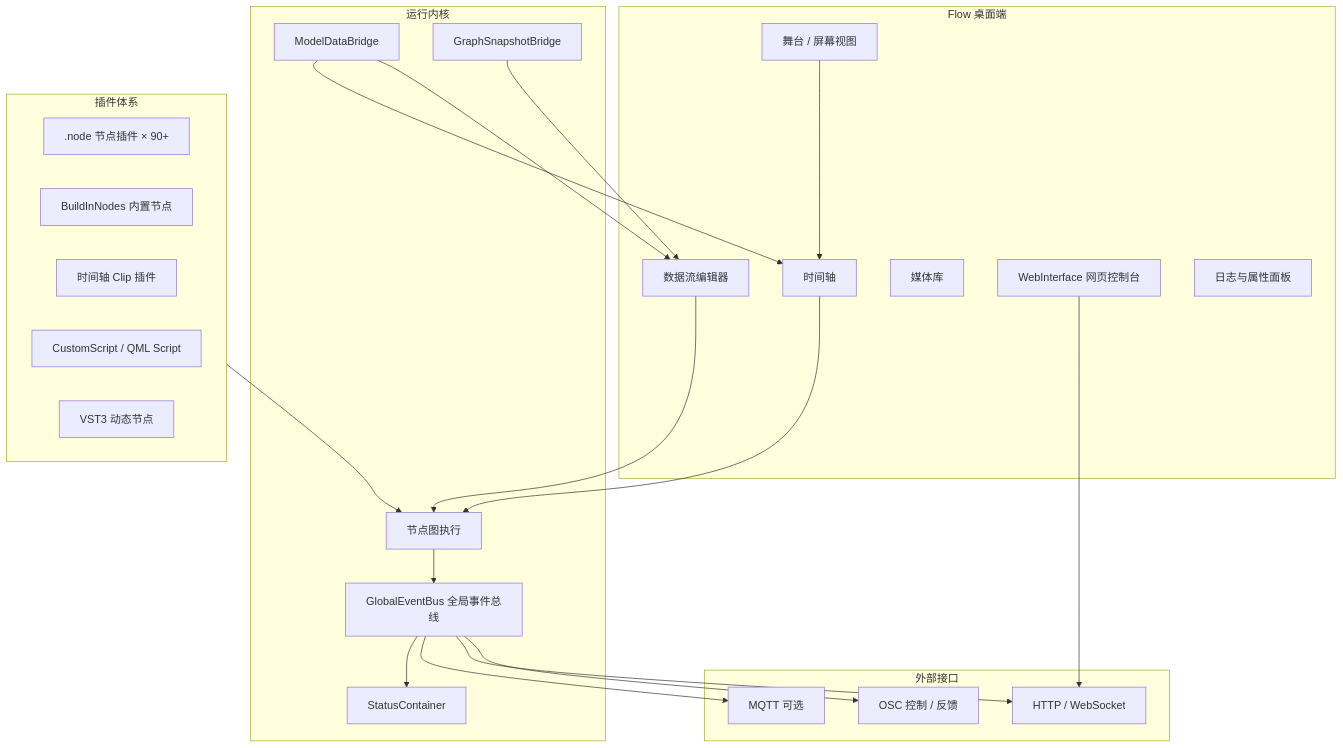
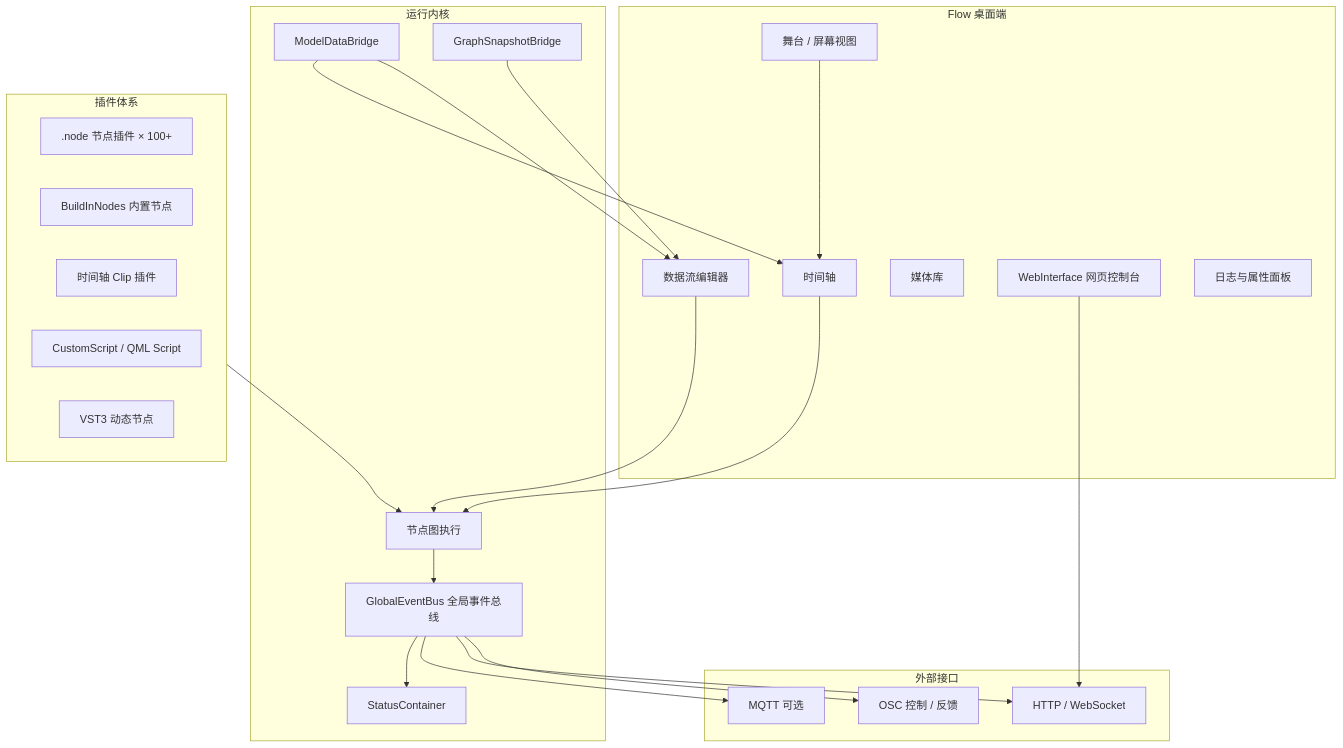
One commit to bwll1989/NodeEditorCPP changed the diagram in README.md. Above: the diagram before and after it, drawn with Mermaid. The commit also changed other lines of this file and 1 other file, not shown here.

First line of the commit message:
Refresh README architecture notes and ignore probe objects

````diff
--- a/README.md
+++ b/README.md
@@ -35,47 +37,47 @@
 ```mermaid
 flowchart TB
     subgraph UI["Flow 桌面端"]
         DF[数据流编辑器]
         TL[时间轴]
         ST[舞台 / 屏幕视图]
         ML[媒体库]
         EC[WebInterface 网页控制台]
         LG[日志与属性面板]
     end
 
     subgraph Runtime["运行内核"]
         NP[节点图执行]
         EV[GlobalEventBus 全局事件总线]
         BR[ModelDataBridge]
         GS[GraphSnapshotBridge]
         SC[StatusContainer]
     end
 
     subgraph External["外部接口"]
         OSC[OSC 控制 / 反馈]
         HTTP[HTTP / WebSocket]
         MQTT[MQTT 可选]
     end
 
     subgraph Plugins["插件体系"]
-        Nodes[".node 节点插件 × 90+"]
+        Nodes[".node 节点插件 × 100+"]
         BuildIn[BuildInNodes 内置节点]
         Clips["时间轴 Clip 插件"]
         JS["CustomScript / QML Script"]
         VST["VST3 动态节点"]
     end
 
     DF --> NP
     TL --> NP
     ST --> TL
     NP --> EV
     EV --> OSC
     EV --> HTTP
     EV --> MQTT
     EV --> SC
     Plugins --> NP
     BR --> DF
     BR --> TL
     GS --> DF
     EC --> HTTP
 ```
````
